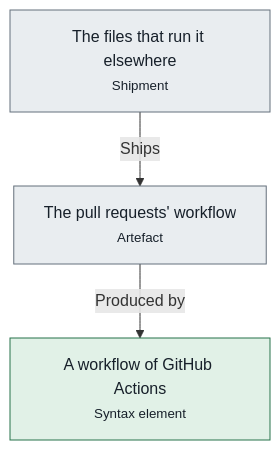
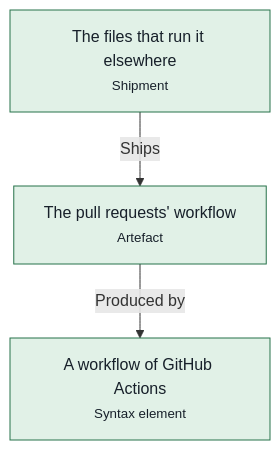
One commit to advancedcognitivesystems-ai/trame changed the second of 2 diagrams in libs/documents/docs/pipelines.md. Above: the diagram before and after it, drawn with Mermaid. The commit also changed other lines of this file and 441 other files, not shown here.

First line of the commit message:
Every choice backed by an architecture decision; one comparison of builds

````diff
--- a/libs/documents/docs/pipelines.md
+++ b/libs/documents/docs/pipelines.md
@@ -48,13 +50,13 @@
 ```mermaid
 flowchart TB
-  n0["The pull requests' workflow<br/><small>Artefact</small>"]:::unknown
+  n0["The pull requests' workflow<br/><small>Artefact</small>"]:::held
   n1["A workflow of GitHub Actions<br/><small>Syntax element</small>"]:::held
-  n2["The files that run it elsewhere<br/><small>Shipment</small>"]:::unknown
+  n2["The files that run it elsewhere<br/><small>Shipment</small>"]:::held
   n0 -->|Produced by| n1
   n2 -->|Ships| n0
   classDef held fill:#e1f1e7,stroke:#26734a,color:#17202a
   classDef blocked fill:#fbf0d9,stroke:#9a6200,color:#17202a
   classDef violated fill:#f9e3e1,stroke:#ad2a22,color:#17202a
   classDef unknown fill:#e9edf0,stroke:#65707c,color:#17202a
   classDef neutral fill:#ffffff,stroke:#5a6672,color:#17202a
 ```
````
